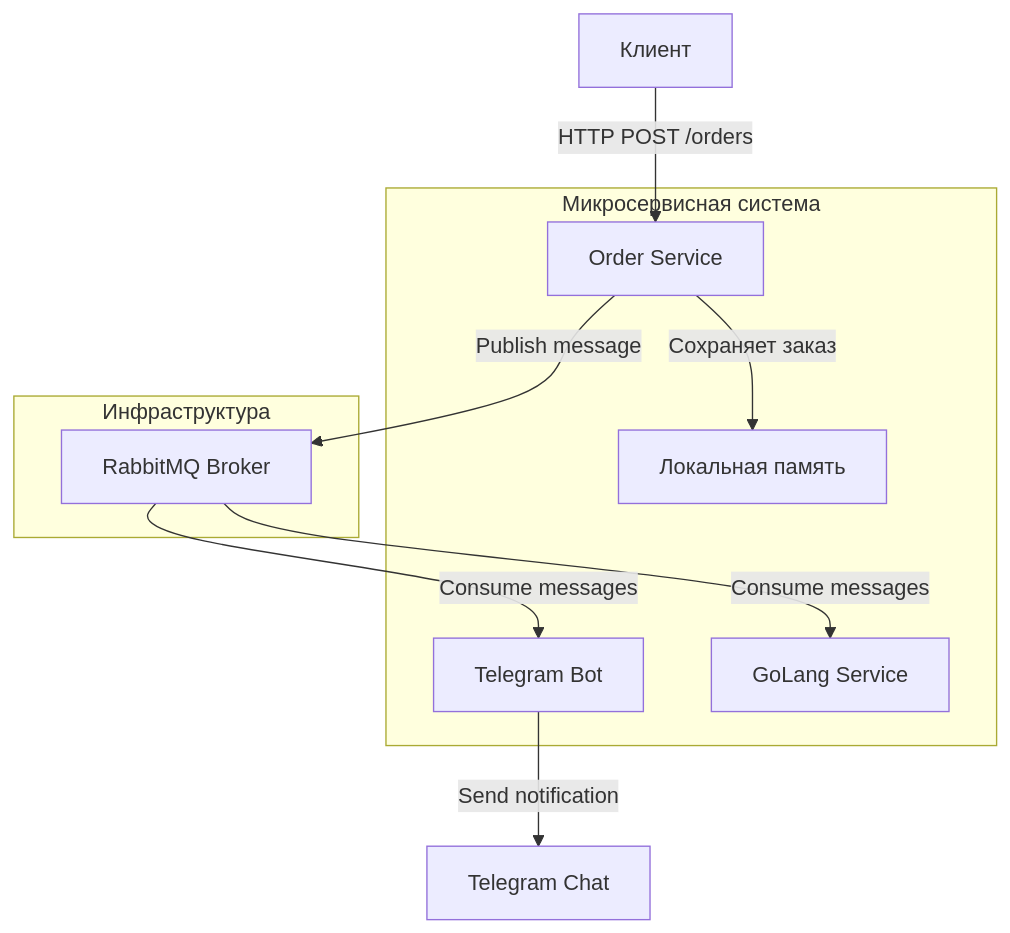
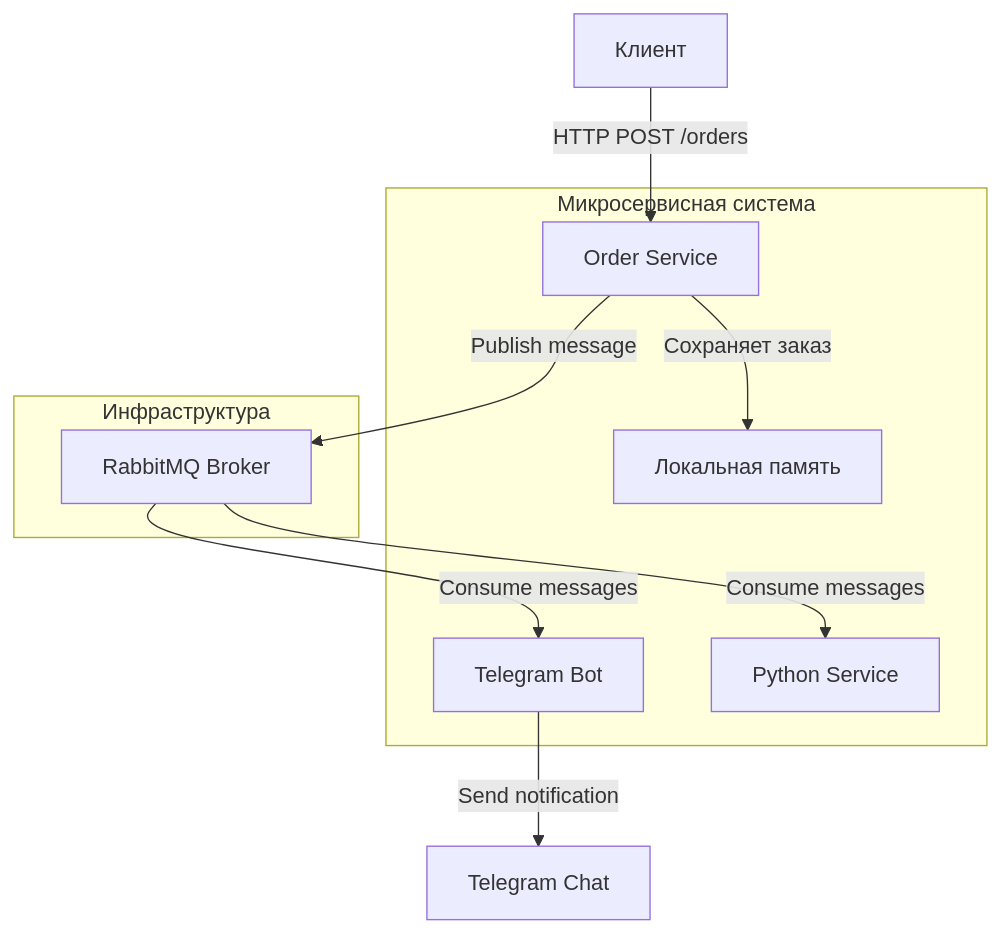
The diagram in README.md (artemmj/PyRabbitMQService), drawn with Mermaid before and after one commit.

````diff
--- a/README.md
+++ b/README.md
@@ -13,20 +13,20 @@
 ```mermaid
 graph TD
     A[Клиент] -->|HTTP POST /orders| B[Order Service]
     B -->|Сохраняет заказ| C[Локальная память]
     B -->|Publish message| D[RabbitMQ]
     D -->|Consume messages| E[Telegram Bot]
-    D -->|Consume messages| G[GoLang Service]
+    D -->|Consume messages| G[Python Service]
     E -->|Send notification| F[Telegram Chat]
     
     subgraph "Микросервисная система"
         B
         C
         G
         E
     end
     
     subgraph "Инфраструктура"
         D[RabbitMQ Broker]
     end
 ```
````
